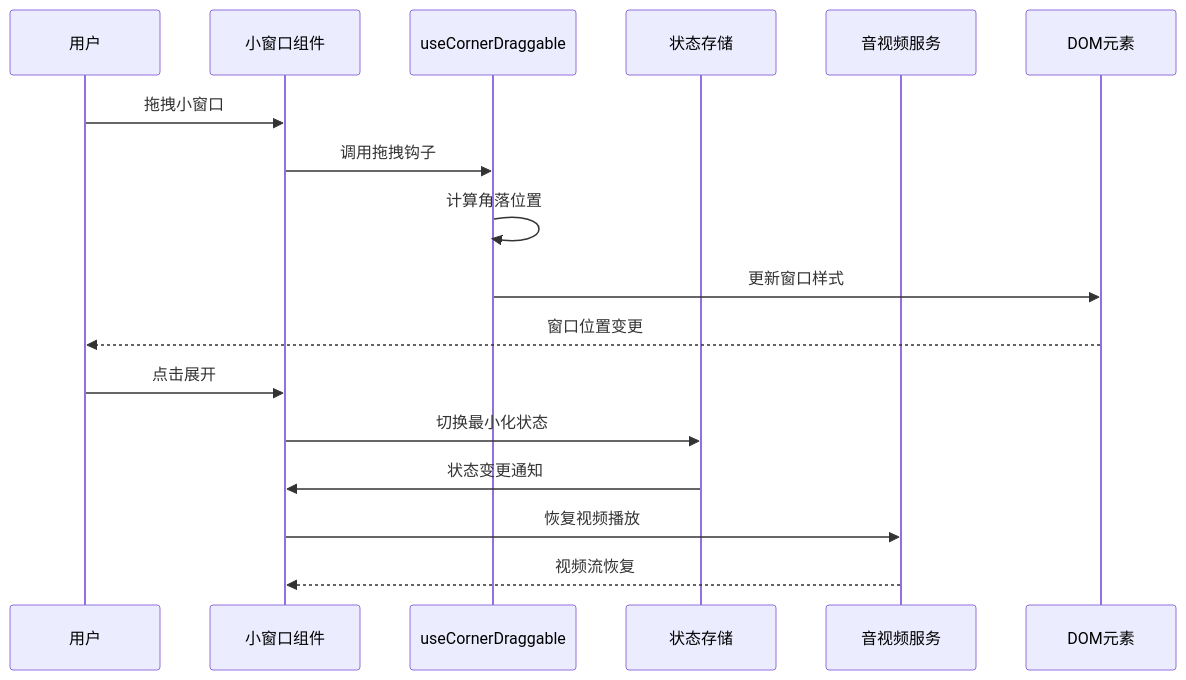
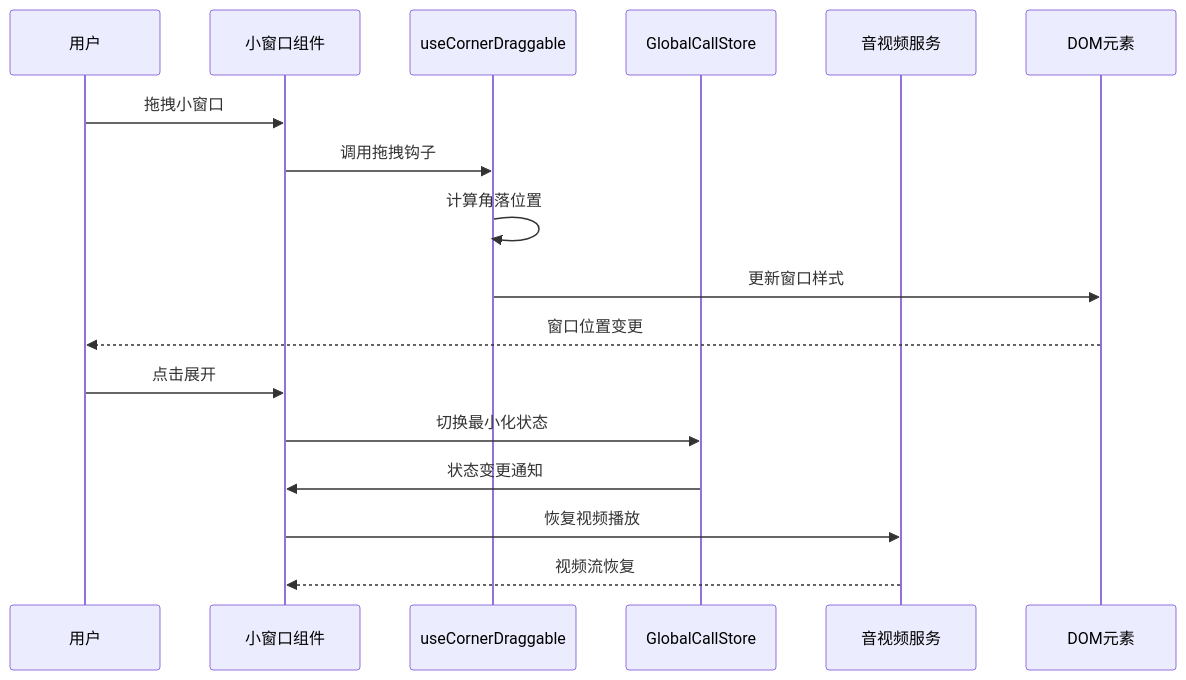
The second of 7 diagrams in .qoder/repowiki/zh/content/API 参考/组件 API/小窗口组件 API.md (Easemob-Community/easemob-uikit-callkit-vue3), drawn with Mermaid before and after one commit. The commit also changed other lines of this file and 54 other files, not shown here.

````diff
--- a/.qoder/repowiki/zh/content/API 参考/组件 API/小窗口组件 API.md
+++ b/.qoder/repowiki/zh/content/API 参考/组件 API/小窗口组件 API.md
@@ -108,19 +116,19 @@
 ```mermaid
 sequenceDiagram
 participant User as 用户
 participant Mini as 小窗口组件
 participant CornerHook as useCornerDraggable
-participant Store as 状态存储
+participant GlobalStore as GlobalCallStore
 participant RTC as 音视频服务
 participant DOM as DOM元素
 User->>Mini : 拖拽小窗口
 Mini->>CornerHook : 调用拖拽钩子
 CornerHook->>CornerHook : 计算角落位置
 CornerHook->>DOM : 更新窗口样式
 DOM-->>User : 窗口位置变更
 User->>Mini : 点击展开
-Mini->>Store : 切换最小化状态
-Store->>Mini : 状态变更通知
+Mini->>GlobalStore : 切换最小化状态
+GlobalStore->>Mini : 状态变更通知
 Mini->>RTC : 恢复视频播放
 RTC-->>Mini : 视频流恢复
 ```
````
